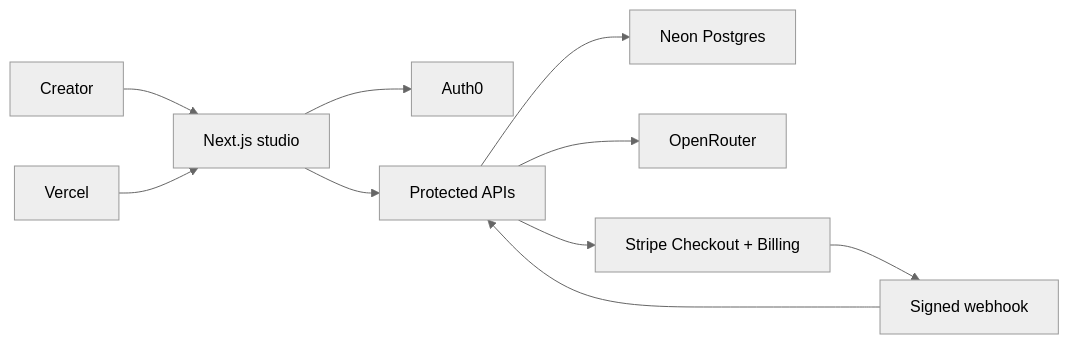
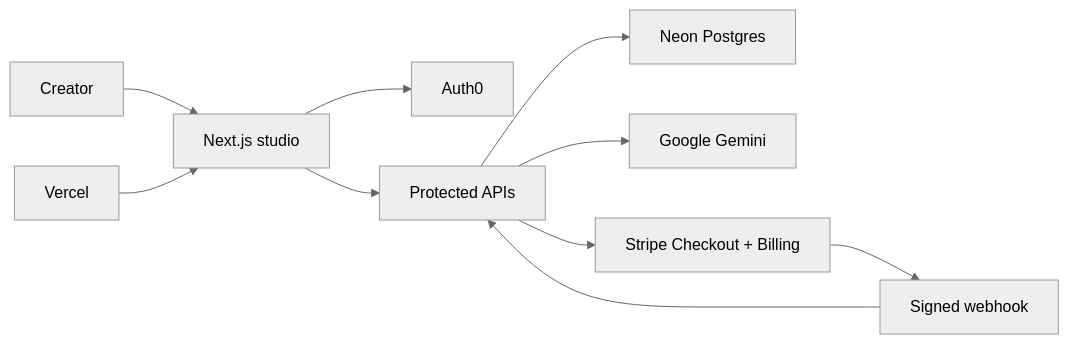
The diagram in README.md (uzgorenm/Novel2Manhwa), drawn with Mermaid (neutral theme) before and after one commit. The commit also changed other lines of this file and 8 other files, not shown here.

````diff
--- a/README.md
+++ b/README.md
@@ -28,12 +28,12 @@
 ```mermaid
 flowchart LR
   Reader["Creator"] --> UI["Next.js studio"]
   UI --> Auth["Auth0"]
   UI --> API["Protected APIs"]
   API --> Neon["Neon Postgres"]
-  API --> Models["OpenRouter"]
+  API --> Models["Google Gemini"]
   API --> Stripe["Stripe Checkout + Billing"]
   Stripe --> Webhook["Signed webhook"]
   Webhook --> API
   Vercel["Vercel"] --> UI
 ```
````
